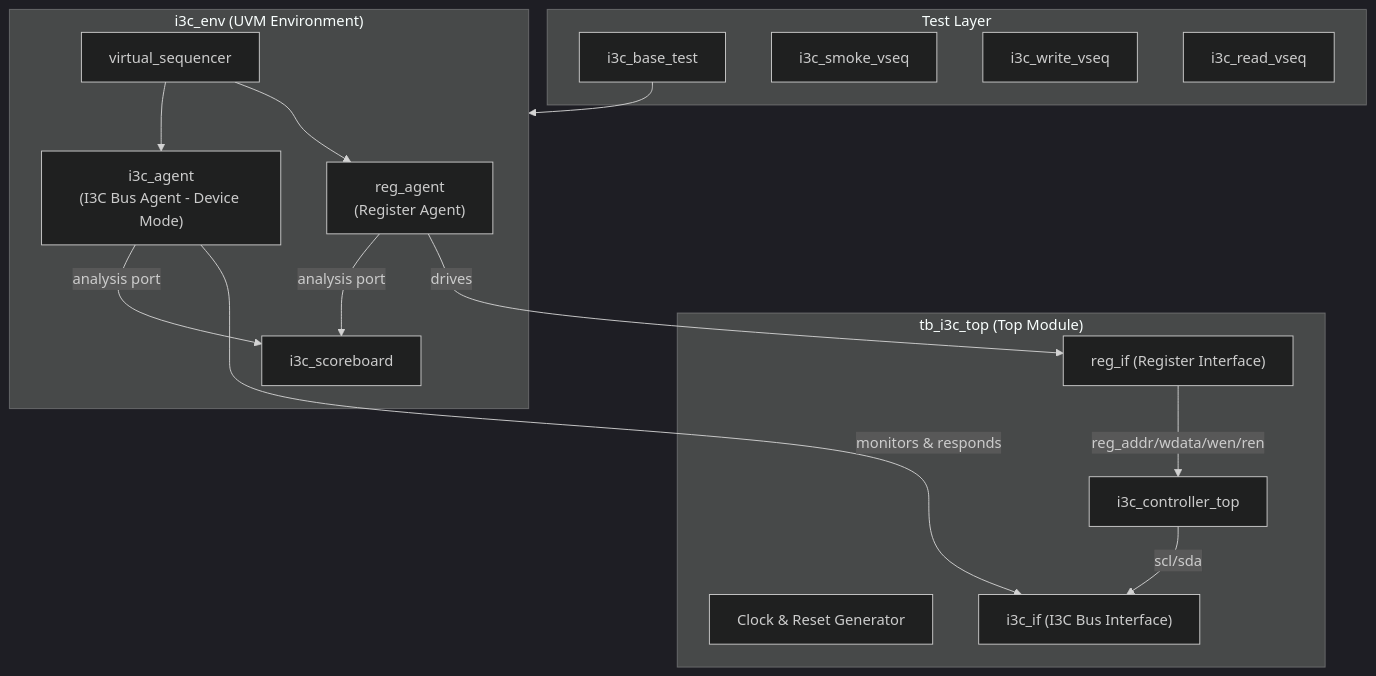
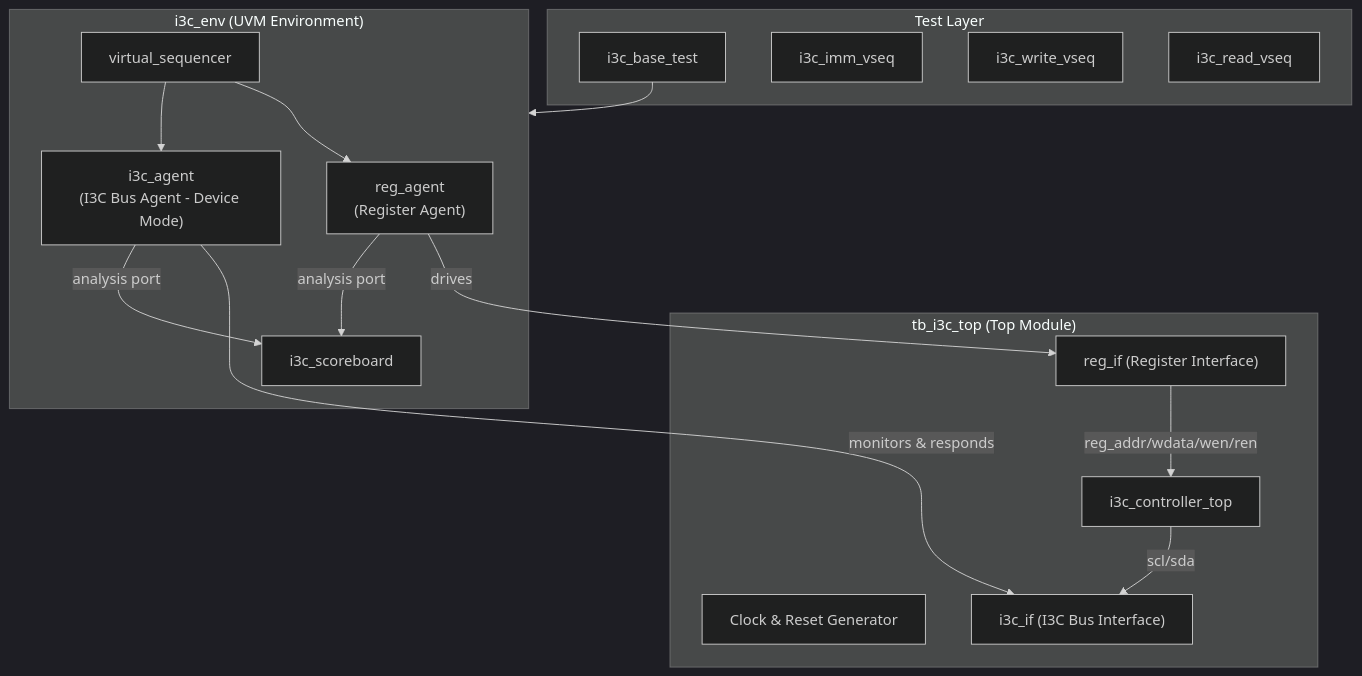
One commit to minhuy206/i3c changed the first of 2 diagrams in docs/verification_specs/00_uvm_implementation_plan.md. Above: the diagram before and after it, drawn with Mermaid (dark theme). The commit also changed other lines of this file and 63 other files, not shown here.

First line of the commit message:
Add abort vseqs, resp vseqs, and refactor flow_active RTL

````diff
--- a/docs/verification_specs/00_uvm_implementation_plan.md
+++ b/docs/verification_specs/00_uvm_implementation_plan.md
@@ -35,33 +35,33 @@
 ```mermaid
 graph TB
     subgraph TB["tb_i3c_top (Top Module)"]
         CLK["Clock & Reset Generator"]
         DUT["i3c_controller_top"]
         REG_IF["reg_if (Register Interface)"]
         I3C_IF["i3c_if (I3C Bus Interface)"]
     end
 
     subgraph ENV["i3c_env (UVM Environment)"]
         REG_AGENT["reg_agent<br/>(Register Agent)"]
         I3C_AGENT["i3c_agent<br/>(I3C Bus Agent - Device Mode)"]
         VSEQ["virtual_sequencer"]
         SCB["i3c_scoreboard"]
     end
 
     subgraph TESTS["Test Layer"]
         BASE_TEST["i3c_base_test"]
-        SMOKE["i3c_smoke_vseq"]
+        SMOKE["i3c_imm_vseq"]
         WRITE_TEST["i3c_write_vseq"]
         READ_TEST["i3c_read_vseq"]
     end
 
     REG_AGENT -->|drives| REG_IF
     REG_IF -->|reg_addr/wdata/wen/ren| DUT
     DUT -->|scl/sda| I3C_IF
     I3C_AGENT -->|monitors & responds| I3C_IF
     I3C_AGENT -->|analysis port| SCB
     REG_AGENT -->|analysis port| SCB
     VSEQ --> REG_AGENT
     VSEQ --> I3C_AGENT
     BASE_TEST --> ENV
 ```
````
